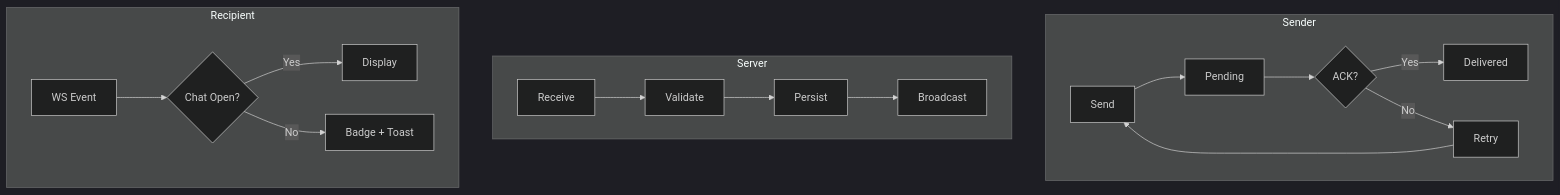
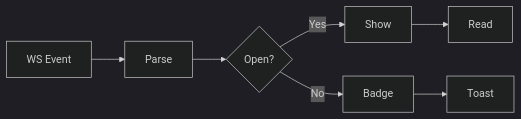
Diagram 13 of 14 in docs/workflows.md (coded-with-aryan0426/gym-management-system-fullstack), drawn with Mermaid (dark theme) before and after one commit. The commit also changed other lines of this file and 16 other files, not shown here.

````diff
--- a/docs/workflows.md
+++ b/docs/workflows.md
@@ -196,22 +225,6 @@
 ```mermaid
-flowchart TB
-    subgraph Sender
-        S1[Send] --> S2[Pending]
-        S2 --> S3{ACK?}
-        S3 -->|Yes| S4[Delivered]
-        S3 -->|No| S5[Retry]
-        S5 --> S1
-    end
-    
-    subgraph Server
-        V1[Receive] --> V2[Validate]
-        V2 --> V3[Persist]
-        V3 --> V4[Broadcast]
-    end
-    
-    subgraph Recipient
-        R1[WS Event] --> R2{Chat Open?}
-        R2 -->|Yes| R3[Display]
-        R2 -->|No| R4[Badge + Toast]
-    end
+flowchart LR
+    A[WS Event] --> B[Parse] --> C{Open?}
+    C -->|Yes| D[Show] --> E[Read]
+    C -->|No| F[Badge] --> G[Toast]
 ```
````
